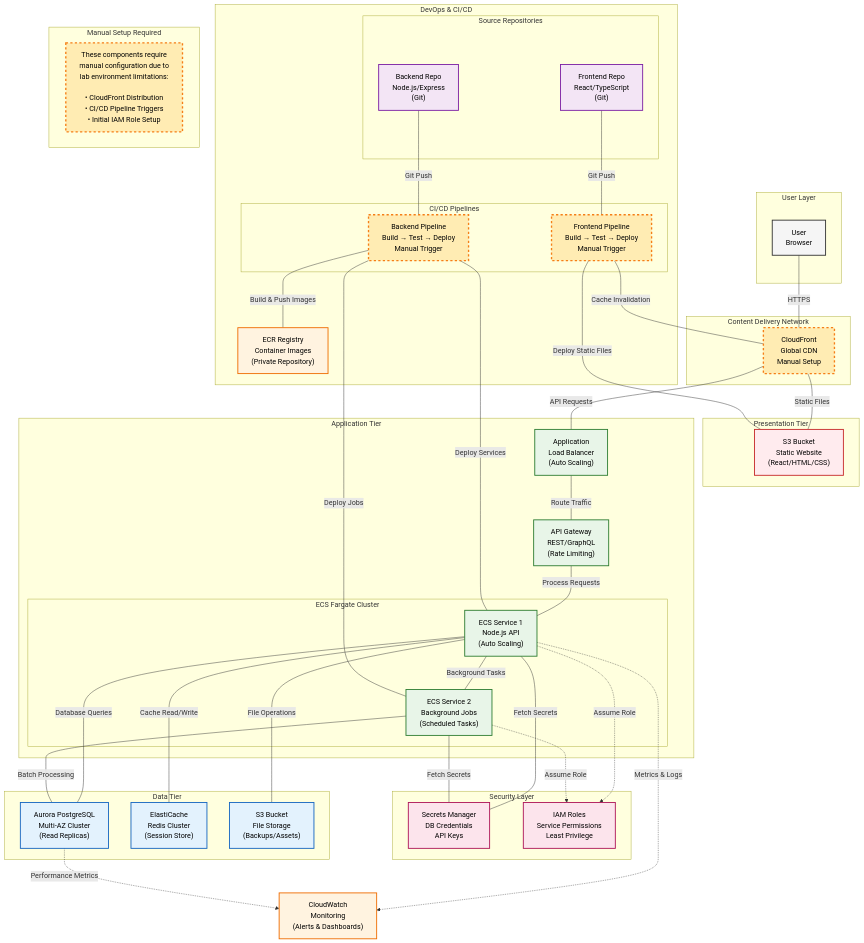
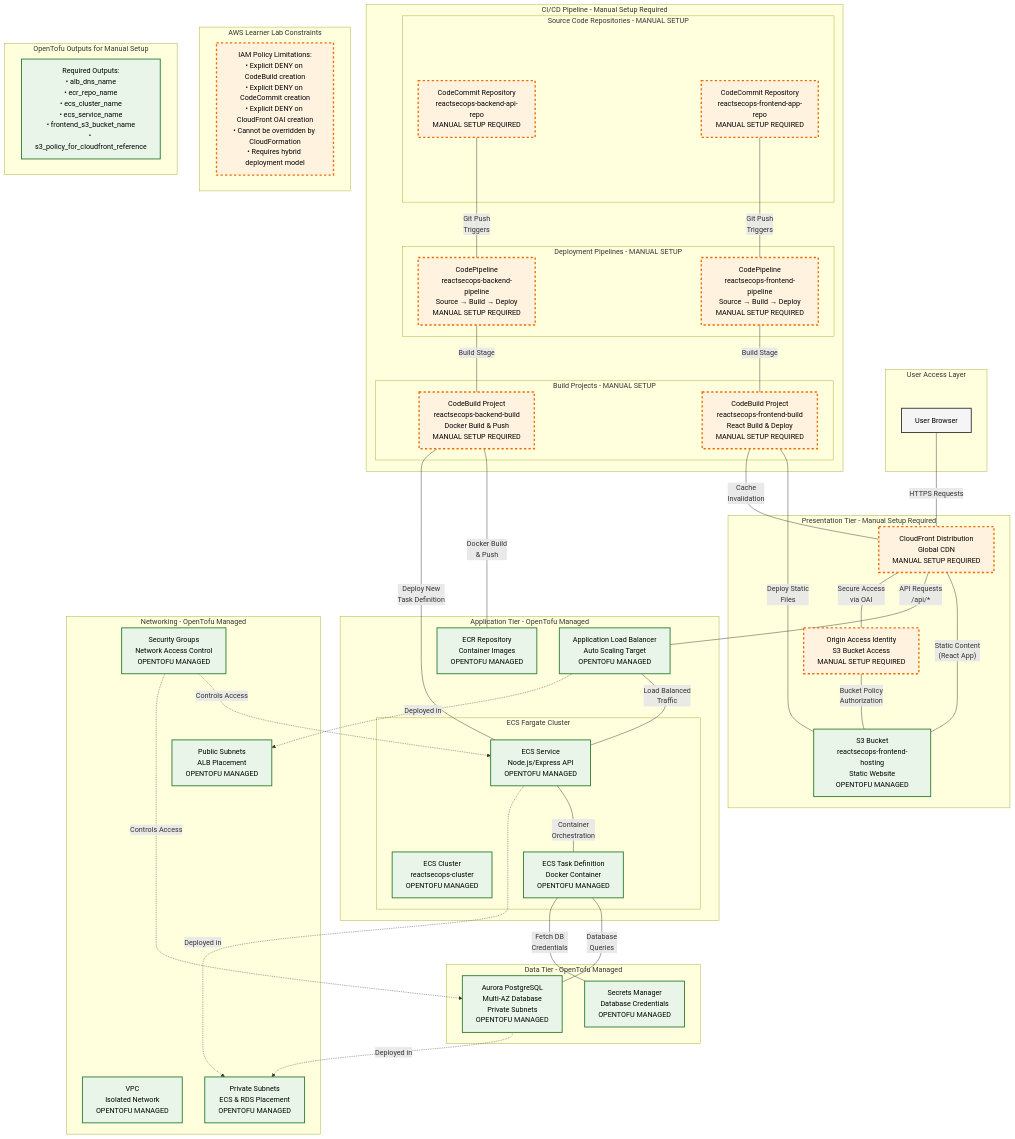
One commit to Grambot-ops/REACT-SEC-OPS changed the diagram in README.md. Above: the diagram before and after it, drawn with Mermaid.

````diff
--- a/README.md
+++ b/README.md
@@ -68,104 +68,107 @@
     classDef presentationStyle fill:#ffebee,stroke:#c62828,stroke-width:2px,color:#000
     classDef applicationStyle fill:#e8f5e8,stroke:#2e7d32,stroke-width:2px,color:#000
     classDef dataStyle fill:#e3f2fd,stroke:#1565c0,stroke-width:2px,color:#000
-    classDef devopsStyle fill:#fff3e0,stroke:#ef6c00,stroke-width:2px,color:#000
-    classDef repoStyle fill:#f3e5f5,stroke:#7b1fa2,stroke-width:2px,color:#000
+    classDef automatedStyle fill:#e8f5e8,stroke:#2e7d32,stroke-width:2px,color:#000
+    classDef manualStyle fill:#fff3e0,stroke:#ef6c00,stroke-width:3px,stroke-dasharray: 5 5,color:#000
     classDef securityStyle fill:#fce4ec,stroke:#ad1457,stroke-width:2px,color:#000
-    classDef manualStyle fill:#ffecb3,stroke:#f57f17,stroke-width:3px,stroke-dasharray: 5 5,color:#000
 
-    %% User Layer
-    subgraph UserZone["User Layer"]
-        User["User<br/>Browser"]:::userStyle
+    %% User Access
+    subgraph UserZone["User Access Layer"]
+        User["User Browser"]:::userStyle
     end
 
-    %% CDN & Frontend
-    subgraph CDNZone["Content Delivery Network"]
-        CF["CloudFront<br/>Global CDN<br/>Manual Setup"]:::manualStyle
+    %% Presentation Tier - Manual Setup Required
+    subgraph PresentationZone["Presentation Tier - Manual Setup Required"]
+        CF["CloudFront Distribution<br/>Global CDN<br/>MANUAL SETUP REQUIRED"]:::manualStyle
+        OAI["Origin Access Identity<br/>S3 Bucket Access<br/>MANUAL SETUP REQUIRED"]:::manualStyle
+        S3Frontend["S3 Bucket<br/>reactsecops-frontend-hosting<br/>Static Website<br/>OPENTOFU MANAGED"]:::automatedStyle
     end
 
-    %% Presentation Tier
-    subgraph PresentationZone["Presentation Tier"]
-        S3Web["S3 Bucket<br/>Static Website<br/>(React/HTML/CSS)"]:::presentationStyle
+    %% Application Tier - Automated
+    subgraph ApplicationZone["Application Tier - OpenTofu Managed"]
+        ALB["Application Load Balancer<br/>Auto Scaling Target<br/>OPENTOFU MANAGED"]:::automatedStyle
+        
+        subgraph ECSZone["ECS Fargate Cluster"]
+            ECSCluster["ECS Cluster<br/>reactsecops-cluster<br/>OPENTOFU MANAGED"]:::automatedStyle
+            ECSService["ECS Service<br/>Node.js/Express API<br/>OPENTOFU MANAGED"]:::automatedStyle
+            ECSTask["ECS Task Definition<br/>Docker Container<br/>OPENTOFU MANAGED"]:::automatedStyle
+        end
+        
+        ECR["ECR Repository<br/>Container Images<br/>OPENTOFU MANAGED"]:::automatedStyle
     end
 
-    %% Application Tier
-    subgraph ApplicationZone["Application Tier"]
-        ALB["Application<br/>Load Balancer<br/>(Auto Scaling)"]:::applicationStyle
+    %% Data Tier - Automated
+    subgraph DataZone["Data Tier - OpenTofu Managed"]
+        Aurora["Aurora PostgreSQL<br/>Multi-AZ Database<br/>Private Subnets<br/>OPENTOFU MANAGED"]:::automatedStyle
+        SecretsManager["Secrets Manager<br/>Database Credentials<br/>OPENTOFU MANAGED"]:::automatedStyle
+    end
+
+    %% Networking - Automated
+    subgraph NetworkZone["Networking - OpenTofu Managed"]
+        VPC["VPC<br/>Isolated Network<br/>OPENTOFU MANAGED"]:::automatedStyle
+        PublicSubnets["Public Subnets<br/>ALB Placement<br/>OPENTOFU MANAGED"]:::automatedStyle
+        PrivateSubnets["Private Subnets<br/>ECS & RDS Placement<br/>OPENTOFU MANAGED"]:::automatedStyle
+        SecurityGroups["Security Groups<br/>Network Access Control<br/>OPENTOFU MANAGED"]:::automatedStyle
+    end
+
+    %% CI/CD Pipeline - Manual Setup Required
+    subgraph CICDZone["CI/CD Pipeline - Manual Setup Required"]
         
-        subgraph ECSCluster["ECS Fargate Cluster"]
-            ECS1["ECS Service 1<br/>Node.js API<br/>(Auto Scaling)"]:::applicationStyle
-            ECS2["ECS Service 2<br/>Background Jobs<br/>(Scheduled Tasks)"]:::applicationStyle
+        subgraph SourceRepos["Source Code Repositories - MANUAL SETUP"]
+            BackendRepo["CodeCommit Repository<br/>reactsecops-backend-api-repo<br/>MANUAL SETUP REQUIRED"]:::manualStyle
+            FrontendRepo["CodeCommit Repository<br/>reactsecops-frontend-app-repo<br/>MANUAL SETUP REQUIRED"]:::manualStyle
         end
         
-        APIGateway["API Gateway<br/>REST/GraphQL<br/>(Rate Limiting)"]:::applicationStyle
+        subgraph BuildProjects["Build Projects - MANUAL SETUP"]
+            BackendBuild["CodeBuild Project<br/>reactsecops-backend-build<br/>Docker Build & Push<br/>MANUAL SETUP REQUIRED"]:::manualStyle
+            FrontendBuild["CodeBuild Project<br/>reactsecops-frontend-build<br/>React Build & Deploy<br/>MANUAL SETUP REQUIRED"]:::manualStyle
+        end
+        
+        subgraph Pipelines["Deployment Pipelines - MANUAL SETUP"]
+            BackendPipeline["CodePipeline<br/>reactsecops-backend-pipeline<br/>Source → Build → Deploy<br/>MANUAL SETUP REQUIRED"]:::manualStyle
+            FrontendPipeline["CodePipeline<br/>reactsecops-frontend-pipeline<br/>Source → Build → Deploy<br/>MANUAL SETUP REQUIRED"]:::manualStyle
+        end
     end
 
-    %% Security & Secrets
-    subgraph SecurityZone["Security Layer"]
-        Secrets["Secrets Manager<br/>DB Credentials<br/>API Keys"]:::securityStyle
-        IAM["IAM Roles<br/>Service Permissions<br/>Least Privilege"]:::securityStyle
+    %% Main Application Flow
+    User ---|"HTTPS Requests"| CF
+    CF ---|"Static Content<br/>(React App)"| S3Frontend
+    CF ---|"API Requests<br/>/api/*"| ALB
+    ALB ---|"Load Balanced<br/>Traffic"| ECSService
+    ECSService ---|"Container<br/>Orchestration"| ECSTask
+    ECSTask ---|"Database<br/>Queries"| Aurora
+    ECSTask ---|"Fetch DB<br/>Credentials"| SecretsManager
+
+    %% CloudFront Configuration
+    CF ---|"Secure Access<br/>via OAI"| OAI
+    OAI ---|"Bucket Policy<br/>Authorization"| S3Frontend
+
+    %% CI/CD Flow - Backend
+    BackendRepo ---|"Git Push<br/>Triggers"| BackendPipeline
+    BackendPipeline ---|"Build Stage"| BackendBuild
+    BackendBuild ---|"Docker Build<br/>& Push"| ECR
+    BackendBuild ---|"Deploy New<br/>Task Definition"| ECSService
+
+    %% CI/CD Flow - Frontend
+    FrontendRepo ---|"Git Push<br/>Triggers"| FrontendPipeline
+    FrontendPipeline ---|"Build Stage"| FrontendBuild
+    FrontendBuild ---|"Deploy Static<br/>Files"| S3Frontend
+    FrontendBuild ---|"Cache<br/>Invalidation"| CF
+
+    %% Network Relationships
+    ALB -.->|"Deployed in"| PublicSubnets
+    ECSService -.->|"Deployed in"| PrivateSubnets
+    Aurora -.->|"Deployed in"| PrivateSubnets
+    SecurityGroups -.->|"Controls Access"| ECSService
+    SecurityGroups -.->|"Controls Access"| Aurora
+
+    %% Deployment Constraints
+    subgraph ConstraintsZone["AWS Learner Lab Constraints"]
+        Constraint1["IAM Policy Limitations:<br/>• Explicit DENY on CodeBuild creation<br/>• Explicit DENY on CodeCommit creation<br/>• Explicit DENY on CloudFront OAI creation<br/>• Cannot be overridden by CloudFormation<br/>• Requires hybrid deployment model"]:::manualStyle
     end
 
-    %% Data Tier
-    subgraph DataZone["Data Tier"]
-        Aurora["Aurora PostgreSQL<br/>Multi-AZ Cluster<br/>(Read Replicas)"]:::dataStyle
-        ElastiCache["ElastiCache<br/>Redis Cluster<br/>(Session Store)"]:::dataStyle
-        S3Data["S3 Bucket<br/>File Storage<br/>(Backups/Assets)"]:::dataStyle
-    end
-
-    %% CI/CD Pipeline
-    subgraph DevOpsZone["DevOps & CI/CD"]
-        
-        subgraph SourceRepos["Source Repositories"]
-            FrontendRepo["Frontend Repo<br/>React/TypeScript<br/>(Git)"]:::repoStyle
-            BackendRepo["Backend Repo<br/>Node.js/Express<br/>(Git)"]:::repoStyle
-        end
-        
-        subgraph Pipelines["CI/CD Pipelines"]
-            FrontendPipeline["Frontend Pipeline<br/>Build → Test → Deploy<br/>Manual Trigger"]:::manualStyle
-            BackendPipeline["Backend Pipeline<br/>Build → Test → Deploy<br/>Manual Trigger"]:::manualStyle
-        end
-        
-        ECR["ECR Registry<br/>Container Images<br/>(Private Repository)"]:::devopsStyle
-    end
-
-    %% Main User Flow
-    User ---|"HTTPS"| CF
-    CF ---|"Static Files"| S3Web
-    CF ---|"API Requests"| ALB
-    ALB ---|"Route Traffic"| APIGateway
-    APIGateway ---|"Process Requests"| ECS1
-    ECS1 ---|"Background Tasks"| ECS2
-
-    %% Data Connections
-    ECS1 ---|"Database Queries"| Aurora
-    ECS1 ---|"Cache Read/Write"| ElastiCache
-    ECS1 ---|"File Operations"| S3Data
-    ECS2 ---|"Batch Processing"| Aurora
-
-    %% Security Connections
-    ECS1 ---|"Fetch Secrets"| Secrets
-    ECS2 ---|"Fetch Secrets"| Secrets
-    ECS1 -.->|"Assume Role"| IAM
-    ECS2 -.->|"Assume Role"| IAM
-
-    %% CI/CD Flow
-    FrontendRepo ---|"Git Push"| FrontendPipeline
-    BackendRepo ---|"Git Push"| BackendPipeline
-    
-    FrontendPipeline ---|"Deploy Static Files"| S3Web
-    FrontendPipeline ---|"Cache Invalidation"| CF
-    
-    BackendPipeline ---|"Build & Push Images"| ECR
-    BackendPipeline ---|"Deploy Services"| ECS1
-    BackendPipeline ---|"Deploy Jobs"| ECS2
-
-    %% Infrastructure Monitoring (Optional)
-    ECS1 -.->|"Metrics & Logs"| CloudWatch["CloudWatch<br/>Monitoring<br/>(Alerts & Dashboards)"]:::devopsStyle
-    Aurora -.->|"Performance Metrics"| CloudWatch
-
-    %% Manual Setup Warning
-    subgraph Warning["Manual Setup Required"]
-        ManualNote["These components require<br/>manual configuration due to<br/>lab environment limitations:<br/><br/>• CloudFront Distribution<br/>• CI/CD Pipeline Triggers<br/>• Initial IAM Role Setup"]:::manualStyle
+    %% OpenTofu Outputs Required for Manual Setup
+    subgraph OutputsZone["OpenTofu Outputs for Manual Setup"]
+        Outputs["Required Outputs:<br/>• alb_dns_name<br/>• ecr_repo_name<br/>• ecs_cluster_name<br/>• ecs_service_name<br/>• frontend_s3_bucket_name<br/>• s3_policy_for_cloudfront_reference"]:::automatedStyle
     end
 ```
````
